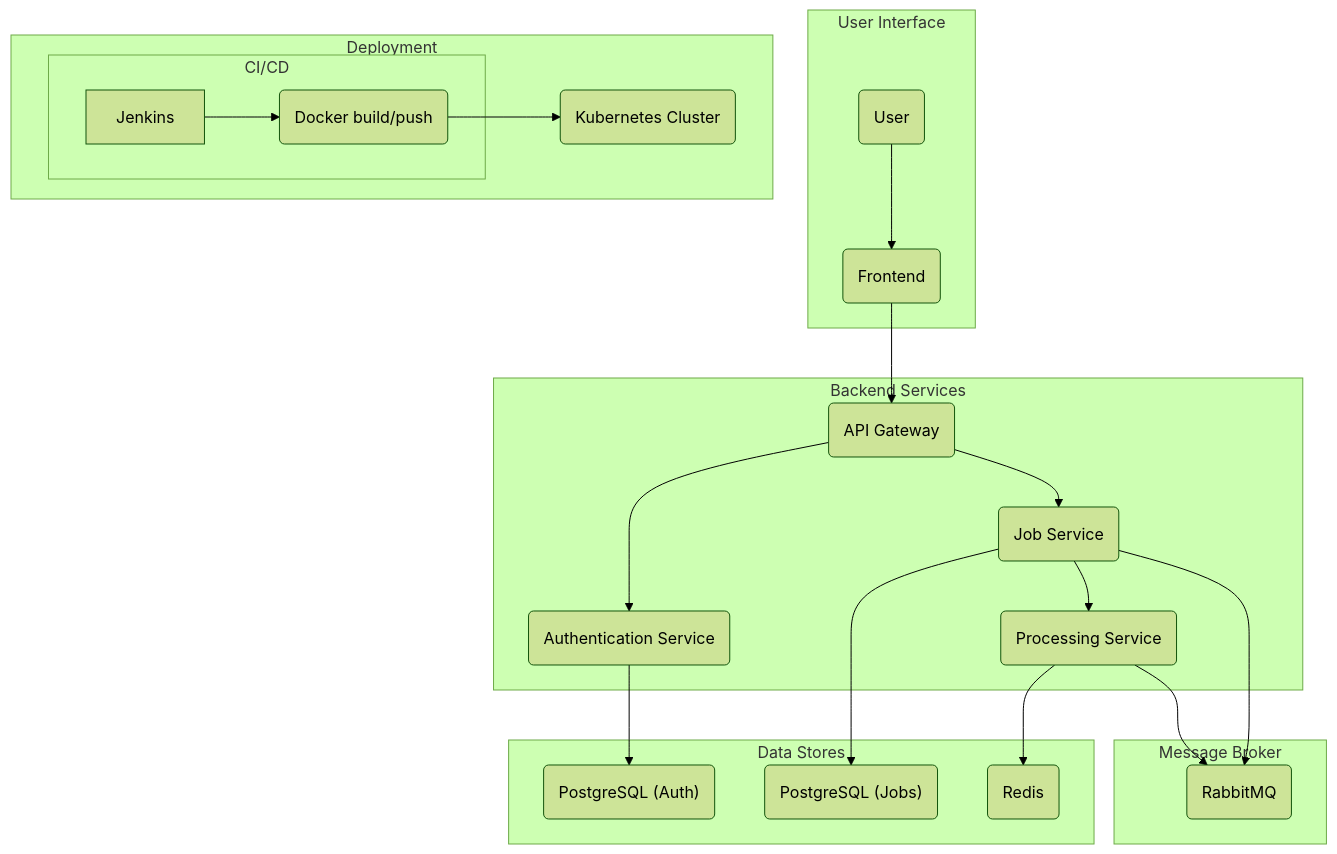
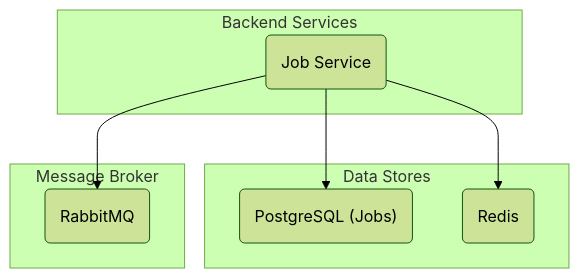
Before and after one commit to toxicoder/glimmer-grabber: the diagram in README.md, drawn with Mermaid (forest theme). The commit also changed other lines of this file, not shown here.

Commit message:
Update architecture diagram and services in README.md

````diff
--- a/README.md
+++ b/README.md
@@ -17,31 +17,15 @@
 ```mermaid
 graph TD
-    subgraph "User Interface"
-        User("User") --> Frontend("Frontend");
-    end
-
     subgraph "Backend Services"
-        Frontend --> API_Gateway("API Gateway");
-        API_Gateway --> Auth_Service("Authentication Service");
-        API_Gateway --> Job_Service("Job Service");
-        Job_Service --> Processing_Service("Processing Service");
+        Job_Service("Job Service");
     end
 
     subgraph "Data Stores"
-        Auth_Service --> Postgres_Auth("PostgreSQL (Auth)");
         Job_Service --> Postgres_Jobs("PostgreSQL (Jobs)");
-        Processing_Service --> Redis("Redis");
+        Job_Service --> Redis("Redis");
     end
 
     subgraph "Message Broker"
         Job_Service --> RabbitMQ("RabbitMQ");
-        Processing_Service --> RabbitMQ;
-    end
-
-    subgraph "Deployment"
-        subgraph "CI/CD"
-            Jenkins --> Docker("Docker build/push");
-        end
-        Docker --> Kubernetes("Kubernetes Cluster");
     end
 ```
````
